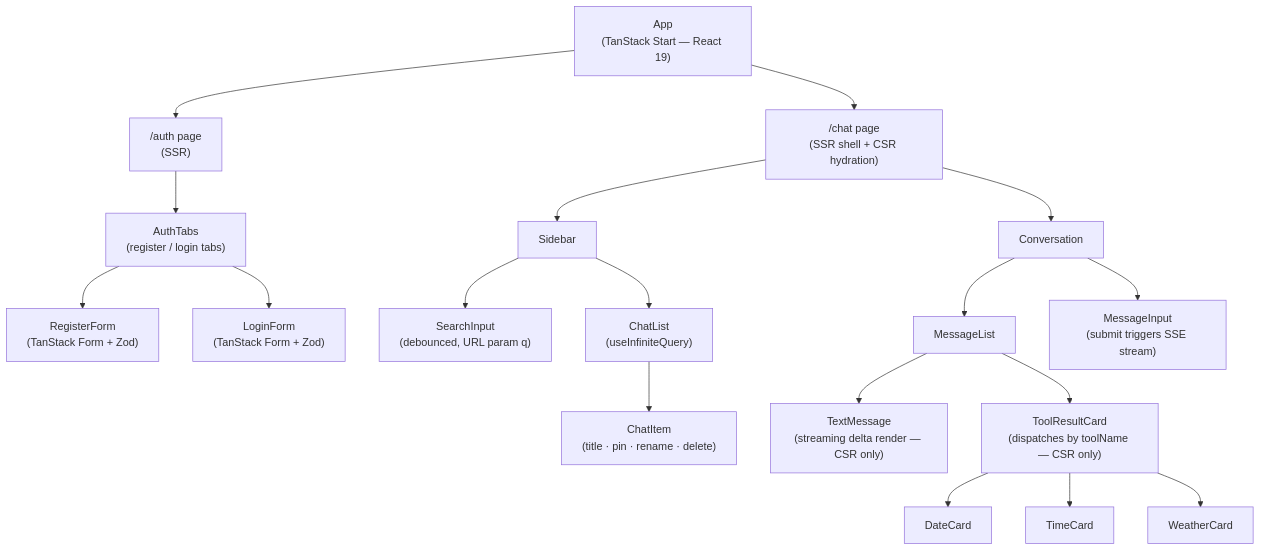
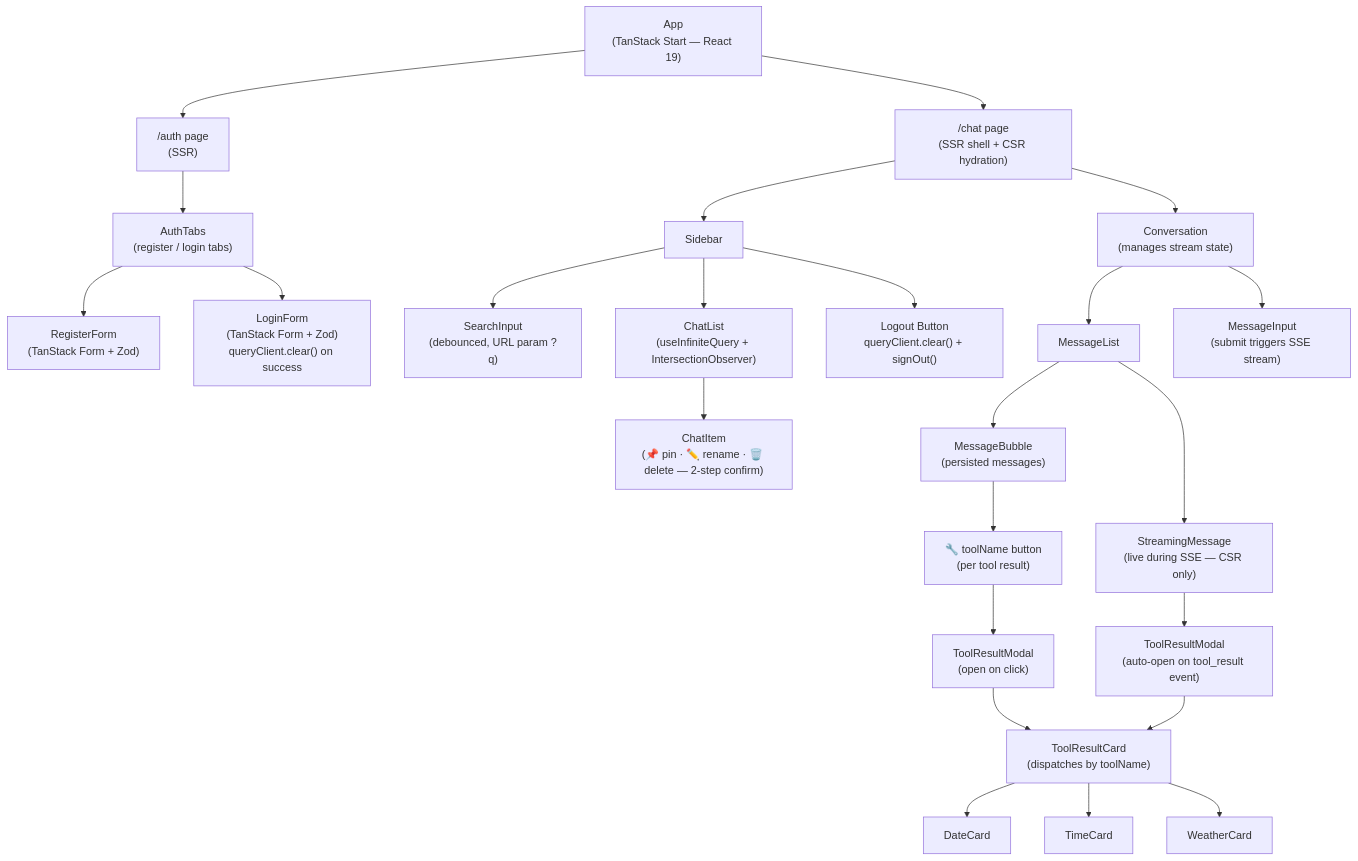
One commit to Gabi-Einz/ai-assistant changed the eighth of 10 diagrams in openspec/diagrams.md. Above: the diagram before and after it, drawn with Mermaid. The commit also changed other lines of this file, not shown here.

Commit message:
update diagrams

````diff
--- a/openspec/diagrams.md
+++ b/openspec/diagrams.md
@@ -411,28 +431,37 @@
 ```mermaid
 graph TD
     APP["App\n(TanStack Start — React 19)"]
 
     APP --> AUTH_PAGE["/auth page\n(SSR)"]
     APP --> CHAT_PAGE["/chat page\n(SSR shell + CSR hydration)"]
 
     AUTH_PAGE --> AUTH_TABS["AuthTabs\n(register / login tabs)"]
     AUTH_TABS --> REGISTER_FORM["RegisterForm\n(TanStack Form + Zod)"]
-    AUTH_TABS --> LOGIN_FORM["LoginForm\n(TanStack Form + Zod)"]
+    AUTH_TABS --> LOGIN_FORM["LoginForm\n(TanStack Form + Zod)\nqueryClient.clear() on success"]
 
     CHAT_PAGE --> SIDEBAR["Sidebar"]
-    CHAT_PAGE --> CONVERSATION["Conversation"]
+    CHAT_PAGE --> CONVERSATION["Conversation\n(manages stream state)"]
 
-    SIDEBAR --> SEARCH_INPUT["SearchInput\n(debounced, URL param q)"]
-    SIDEBAR --> CHAT_LIST["ChatList\n(useInfiniteQuery)"]
-    CHAT_LIST --> CHAT_ITEM["ChatItem\n(title · pin · rename · delete)"]
+    SIDEBAR --> SEARCH_INPUT["SearchInput\n(debounced, URL param ?q)"]
+    SIDEBAR --> CHAT_LIST["ChatList\n(useInfiniteQuery + IntersectionObserver)"]
+    CHAT_LIST --> CHAT_ITEM["ChatItem\n(📌 pin · ✏️ rename · 🗑️ delete — 2-step confirm)"]
+    SIDEBAR --> LOGOUT_BTN["Logout Button\nqueryClient.clear() + signOut()"]
 
     CONVERSATION --> MESSAGE_LIST["MessageList"]
     CONVERSATION --> MESSAGE_INPUT["MessageInput\n(submit triggers SSE stream)"]
 
-    MESSAGE_LIST --> TEXT_MESSAGE["TextMessage\n(streaming delta render — CSR only)"]
-    MESSAGE_LIST --> TOOL_RESULT_CARD["ToolResultCard\n(dispatches by toolName — CSR only)"]
+    MESSAGE_LIST --> MSG_BUBBLE["MessageBubble\n(persisted messages)"]
+    MESSAGE_LIST --> STREAMING_MSG["StreamingMessage\n(live during SSE — CSR only)"]
+
+    MSG_BUBBLE --> TOOL_BTN["🔧 toolName button\n(per tool result)"]
+    TOOL_BTN --> MODAL_SAVED["ToolResultModal\n(open on click)"]
+
+    STREAMING_MSG --> MODAL_STREAM["ToolResultModal\n(auto-open on tool_result event)"]
+
+    MODAL_SAVED --> TOOL_RESULT_CARD["ToolResultCard\n(dispatches by toolName)"]
+    MODAL_STREAM --> TOOL_RESULT_CARD
 
     TOOL_RESULT_CARD --> DATE_CARD["DateCard"]
     TOOL_RESULT_CARD --> TIME_CARD["TimeCard"]
     TOOL_RESULT_CARD --> WEATHER_CARD["WeatherCard"]
 ```
````
